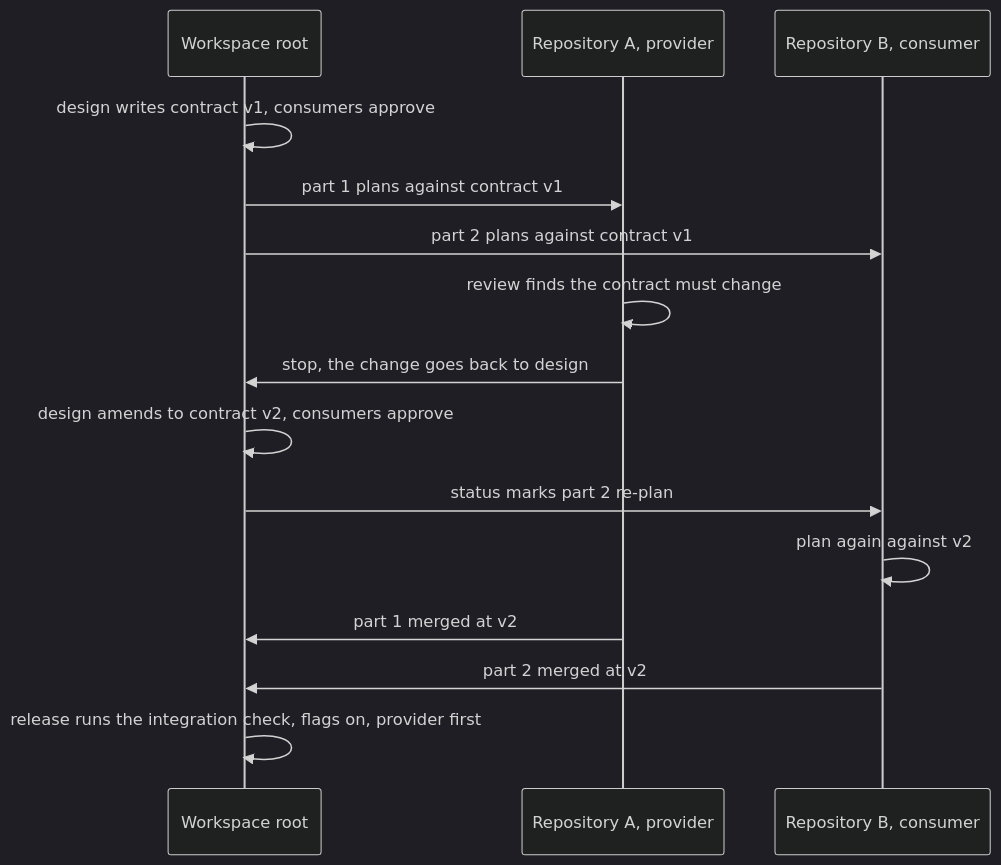
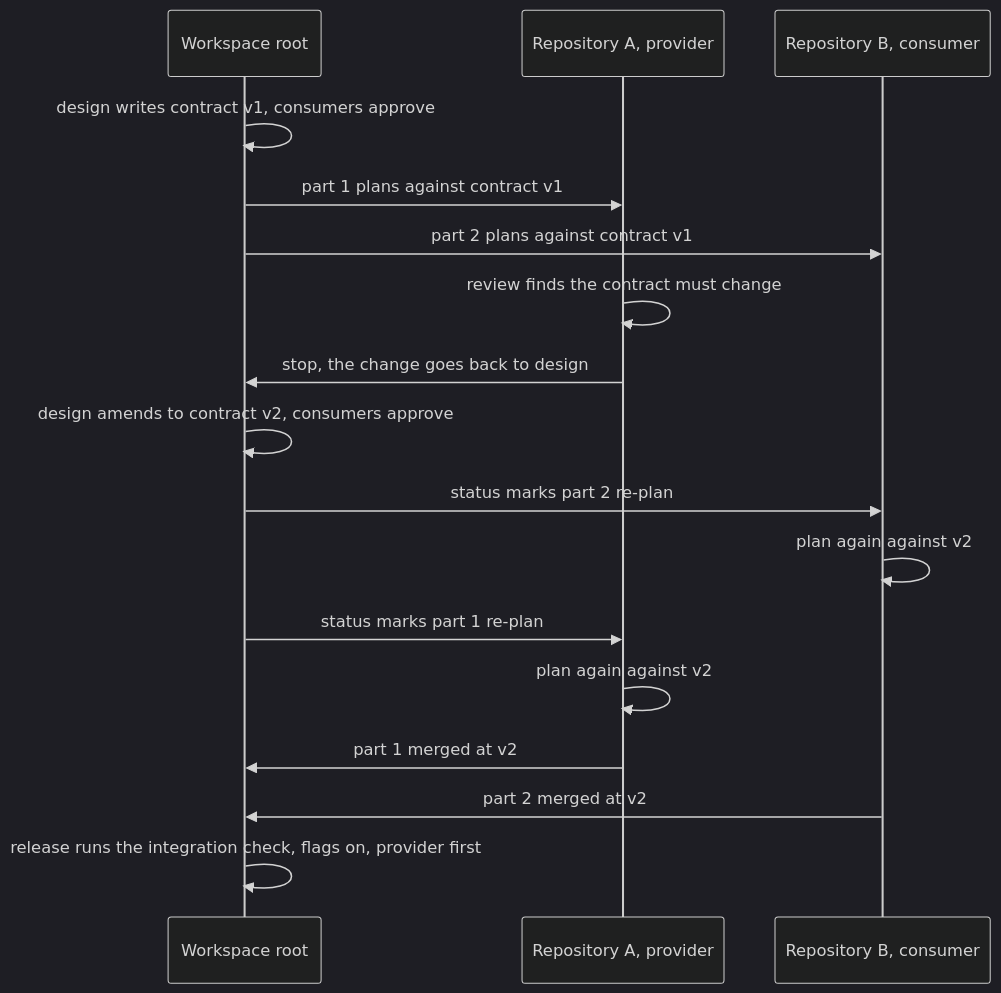
The tenth of 11 diagrams in docs/operating-model/routes.md (prashantsharma18/aidlc), drawn with Mermaid (dark theme) before and after one commit. The commit also changed other lines of this file and 3 other files, not shown here.

First line of the commit message:
fix(docs): Plan 18 final review: UNAFFECTED in the story index, status --write, no-repro stop, route I via aidlc-operate, every gate on the sheet, Tier 1 plan approval

````diff
--- a/docs/operating-model/routes.md
+++ b/docs/operating-model/routes.md
@@ -198,17 +204,19 @@
 ```mermaid
 sequenceDiagram
     participant Root as Workspace root
     participant A as Repository A, provider
     participant B as Repository B, consumer
     Root->>Root: design writes contract v1, consumers approve
     Root->>A: part 1 plans against contract v1
     Root->>B: part 2 plans against contract v1
     A->>A: review finds the contract must change
     A->>Root: stop, the change goes back to design
     Root->>Root: design amends to contract v2, consumers approve
     Root->>B: status marks part 2 re-plan
     B->>B: plan again against v2
+    Root->>A: status marks part 1 re-plan
+    A->>A: plan again against v2
     A->>Root: part 1 merged at v2
     B->>Root: part 2 merged at v2
     Root->>Root: release runs the integration check, flags on, provider first
 ```
````
